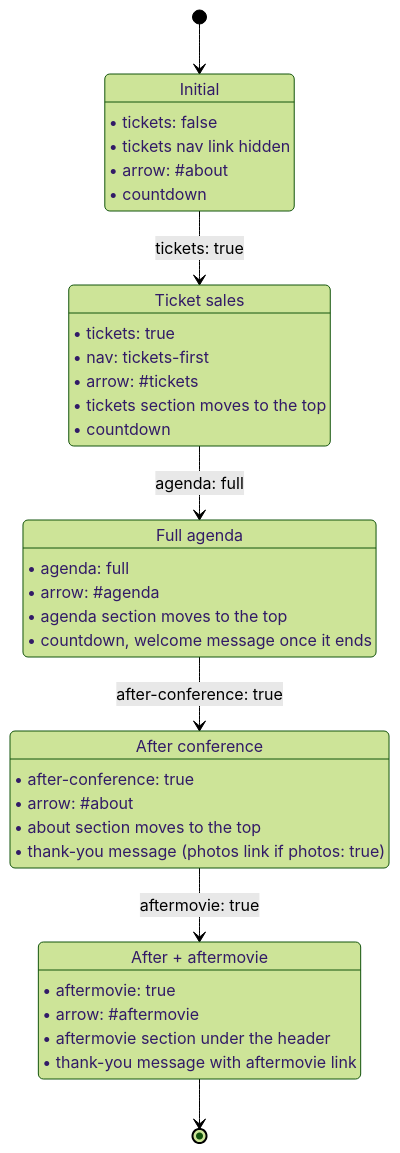
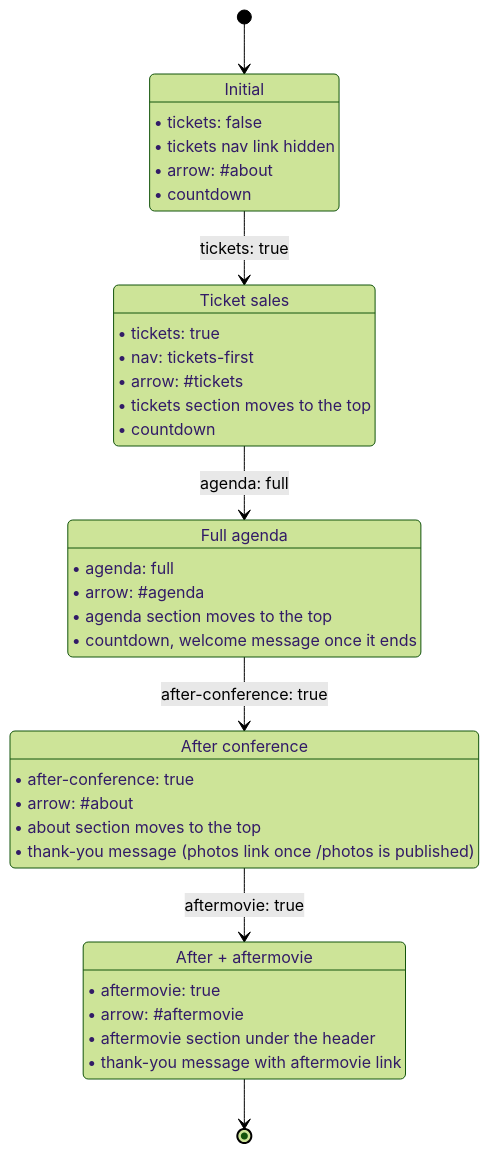
The diagram in docs/state-diagram.md (mlinpl/conference2026.mlinpl.org), drawn with Mermaid (forest theme) before and after one commit. The commit also changed other lines of this file and 3 other files, not shown here.

Commit message:
Base header photos message on the published /photos page

````diff
--- a/docs/state-diagram.md
+++ b/docs/state-diagram.md
@@ -11,38 +11,38 @@
 ```mermaid
 stateDiagram-v2
     direction TB
     state "Initial" as Initial
     state "Ticket sales" as TicketSales
     state "Full agenda" as AgendaOut
     state "After conference" as After
     state "After + aftermovie" as AfterMovie
 
     Initial: • tickets: false
     Initial: • tickets nav link hidden
     Initial: • arrow: #about
     Initial: • countdown
     TicketSales: • tickets: true
     TicketSales: • nav: tickets-first
     TicketSales: • arrow: #tickets
     TicketSales: • tickets section moves to the top
     TicketSales: • countdown
     AgendaOut: • agenda: full
     AgendaOut: • arrow: #agenda
     AgendaOut: • agenda section moves to the top
     AgendaOut: • countdown, welcome message once it ends
     After: • after-conference: true
     After: • arrow: #about
     After: • about section moves to the top
-    After: • thank-you message (photos link if photos: true)
+    After: • thank-you message (photos link once /photos is published)
     AfterMovie: • aftermovie: true
     AfterMovie: • arrow: #aftermovie
     AfterMovie: • aftermovie section under the header
     AfterMovie: • thank-you message with aftermovie link
 
     [*] --> Initial
     Initial --> TicketSales: tickets: true
     TicketSales --> AgendaOut: agenda: full
     AgendaOut --> After: after-conference: true
     After --> AfterMovie: aftermovie: true
     AfterMovie --> [*]
 ```
````
